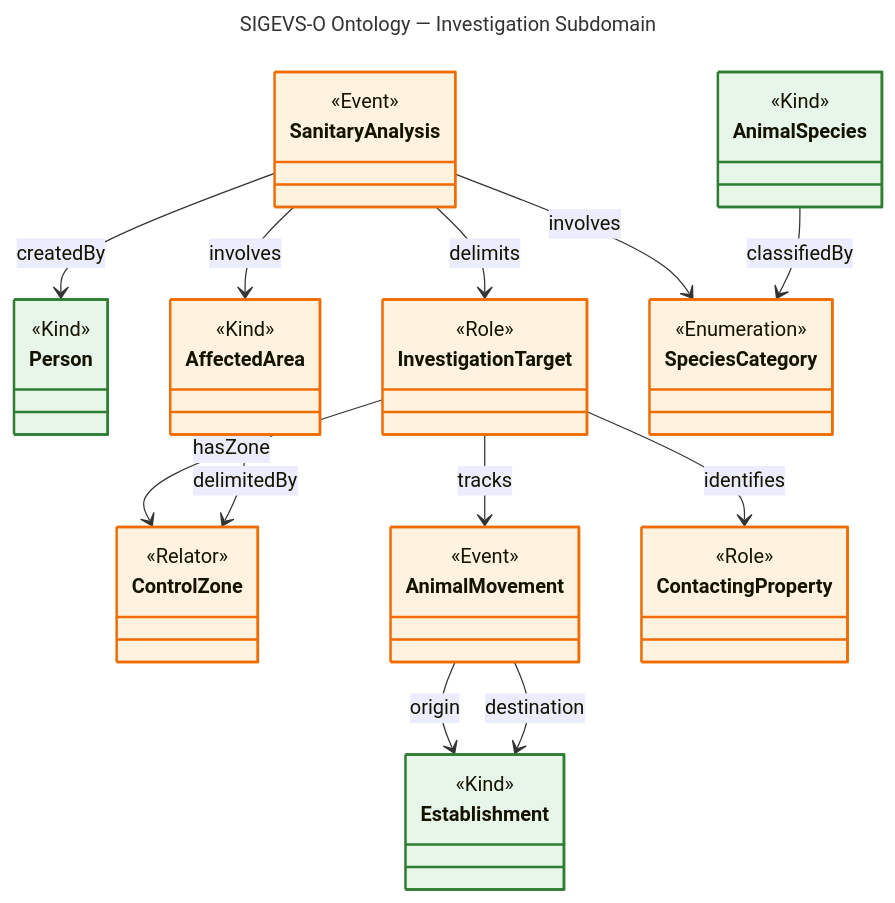
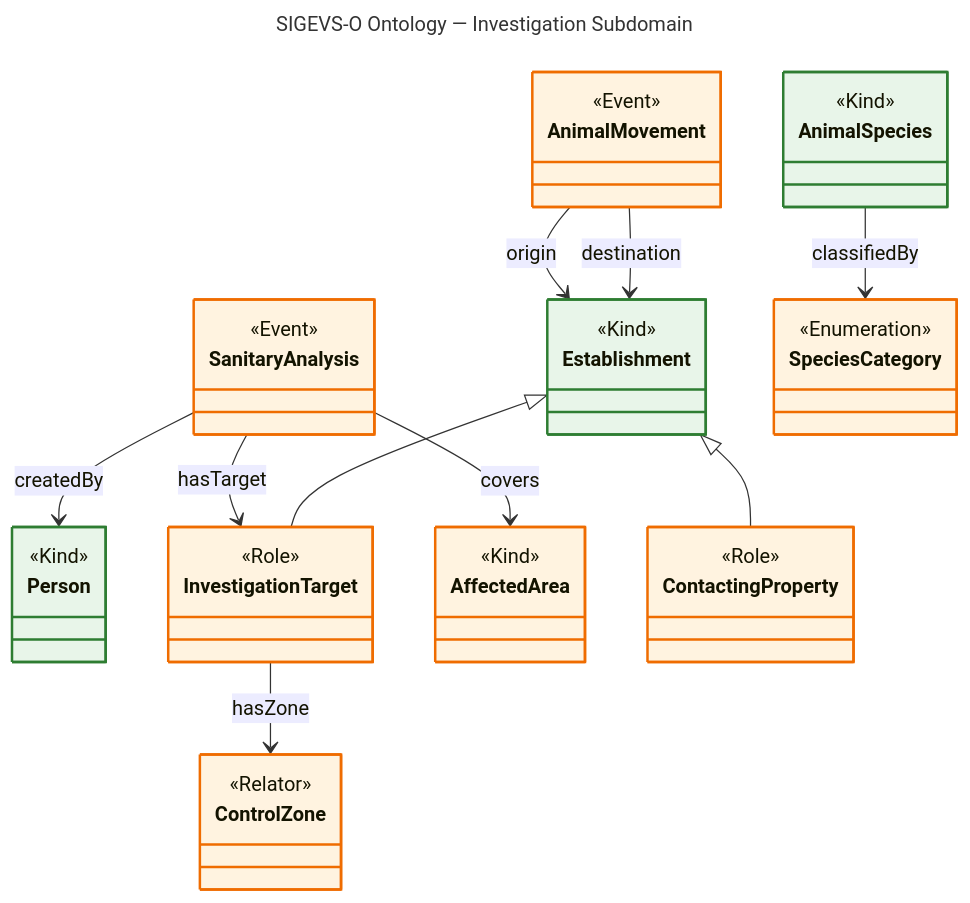
One commit to Felipeamadori/sigevs-o changed the diagram in conceptual-model/onto-investigation.mmd. Above: the diagram before and after it, drawn with Mermaid. The commit also changed 12 other files, not shown here.

```diff
--- a/conceptual-model/onto-investigation.mmd
+++ b/conceptual-model/onto-investigation.mmd
@@ -1,57 +1,55 @@
 ---
 title: SIGEVS-O Ontology — Investigation Subdomain
 ---
 classDiagram
     class SanitaryAnalysis {
         <<Event>>
     }
     class Person {
         <<Kind>>
     }
     class InvestigationTarget {
         <<Role>>
     }
     class AffectedArea {
         <<Kind>>
     }
     class ControlZone {
         <<Relator>>
     }
     class AnimalMovement {
         <<Event>>
     }
     class Establishment {
         <<Kind>>
     }
     class ContactingProperty {
         <<Role>>
     }
     class SpeciesCategory {
         <<Enumeration>>
     }
     class AnimalSpecies {
         <<Kind>>
     }
 
     SanitaryAnalysis --> Person : createdBy
-    SanitaryAnalysis --> InvestigationTarget : delimits
-    SanitaryAnalysis --> AffectedArea : involves
-    SanitaryAnalysis --> SpeciesCategory : involves
+    SanitaryAnalysis --> InvestigationTarget : hasTarget
+    SanitaryAnalysis --> AffectedArea : covers
     InvestigationTarget --> ControlZone : hasZone
-    AffectedArea --> ControlZone : delimitedBy
     AnimalMovement --> Establishment : origin
     AnimalMovement --> Establishment : destination
-    InvestigationTarget --> AnimalMovement : tracks
-    InvestigationTarget --> ContactingProperty : identifies
     AnimalSpecies --> SpeciesCategory : classifiedBy
+    Establishment <|-- InvestigationTarget
+    Establishment <|-- ContactingProperty
 
     style SanitaryAnalysis fill:#fff3e0,stroke:#ef6c00,stroke-width:2px
     style InvestigationTarget fill:#fff3e0,stroke:#ef6c00,stroke-width:2px
     style AffectedArea fill:#fff3e0,stroke:#ef6c00,stroke-width:2px
     style ControlZone fill:#fff3e0,stroke:#ef6c00,stroke-width:2px
     style AnimalMovement fill:#fff3e0,stroke:#ef6c00,stroke-width:2px
     style ContactingProperty fill:#fff3e0,stroke:#ef6c00,stroke-width:2px
     style SpeciesCategory fill:#fff3e0,stroke:#ef6c00,stroke-width:2px
     style Person fill:#e8f5e9,stroke:#2e7d32,stroke-width:2px
     style Establishment fill:#e8f5e9,stroke:#2e7d32,stroke-width:2px
     style AnimalSpecies fill:#e8f5e9,stroke:#2e7d32,stroke-width:2px
```
